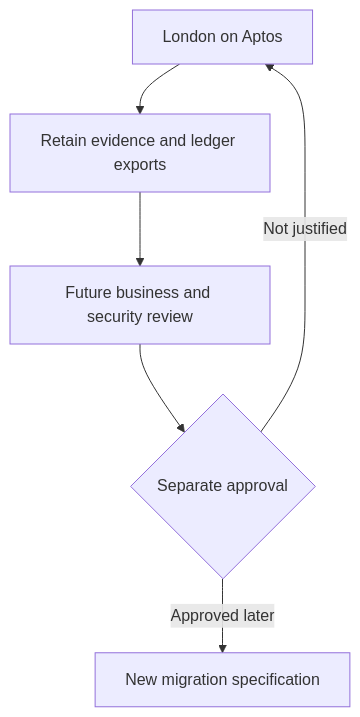
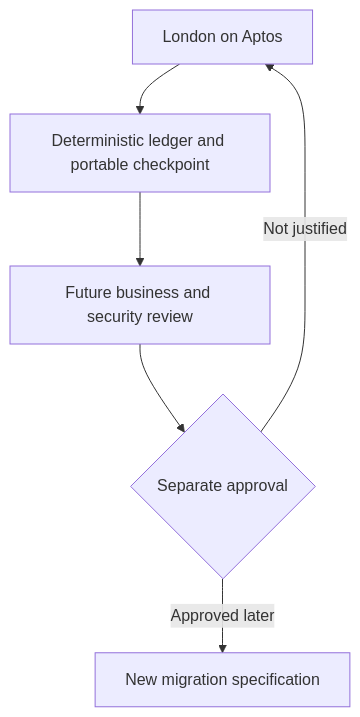
Before and after one commit to porto-labs-xyz/docs: the diagram in london-0.1.0/15-migration-to-porto-app-chain.md, drawn with Mermaid. The commit also changed other lines of this file and 24 other files, not shown here.

Commit message:
Make deterministic RocksDB ledger London's first implementation priority

````diff
--- a/london-0.1.0/15-migration-to-porto-app-chain.md
+++ b/london-0.1.0/15-migration-to-porto-app-chain.md
@@ -15,8 +15,8 @@
 ```mermaid
 flowchart TB
-  L[London on Aptos] --> E[Retain evidence and ledger exports]
+  L[London on Aptos] --> E[Deterministic ledger and portable checkpoint]
   E --> R[Future business and security review]
   R --> D{Separate approval}
   D -->|Not justified| L
   D -->|Approved later| S[New migration specification]
 ```
````
